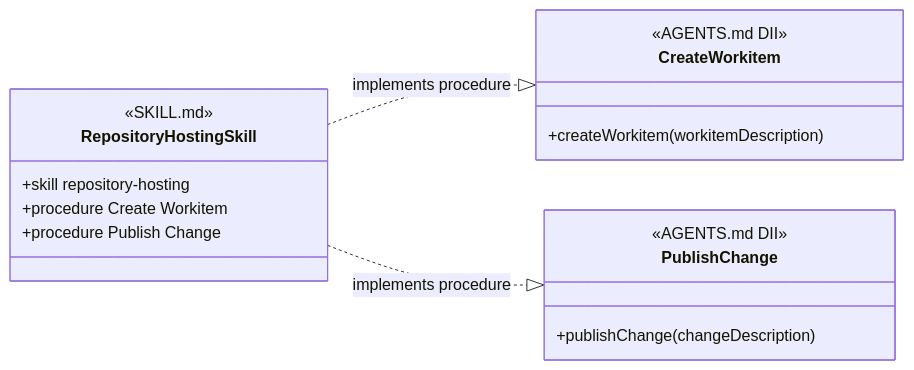
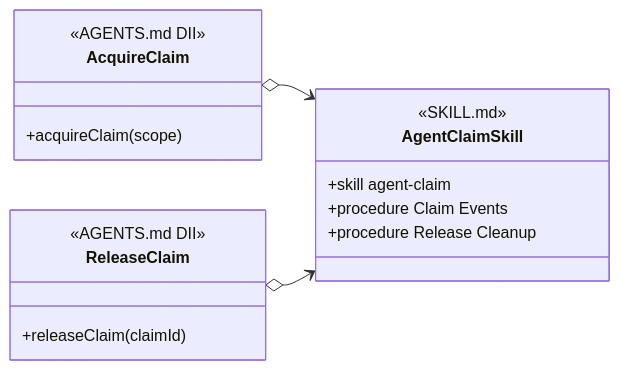
One commit to martinbechard/dev-methodology changed the eighth of 11 diagrams in design/object-oriented-agent-and-skill-model.md. Above: the diagram before and after it, drawn with Mermaid. The commit also changed other lines of this file and 2 other files, not shown here.

Commit message:
Simplify diagram reference conventions

````diff
--- a/design/object-oriented-agent-and-skill-model.md
+++ b/design/object-oriented-agent-and-skill-model.md
@@ -497,24 +410,24 @@
 ```mermaid
 classDiagram
     direction LR
 
-    class CreateWorkitem {
+    class AcquireClaim {
         <<AGENTS.md DII>>
-        +createWorkitem(workitemDescription)
+        +acquireClaim(scope)
     }
 
-    class PublishChange {
+    class ReleaseClaim {
         <<AGENTS.md DII>>
-        +publishChange(changeDescription)
+        +releaseClaim(claimId)
     }
 
-    class RepositoryHostingSkill {
+    class AgentClaimSkill {
         <<SKILL.md>>
-        +skill repository-hosting
-        +procedure Create Workitem
-        +procedure Publish Change
+        +skill agent-claim
+        +procedure Claim Events
+        +procedure Release Cleanup
     }
 
-    RepositoryHostingSkill ..|> CreateWorkitem : implements procedure
-    RepositoryHostingSkill ..|> PublishChange : implements procedure
+    AcquireClaim o--> AgentClaimSkill
+    ReleaseClaim o--> AgentClaimSkill
 ```
````
